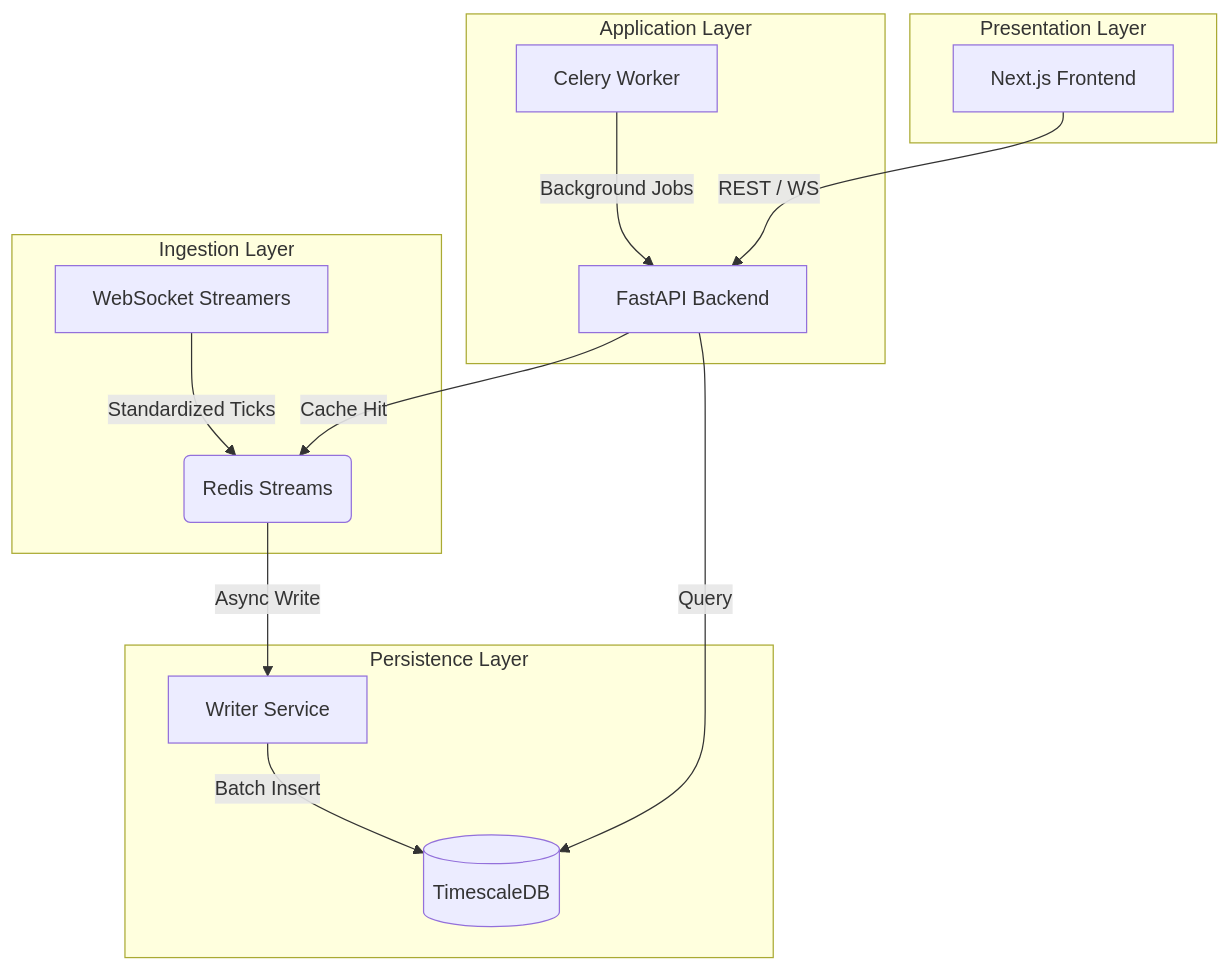
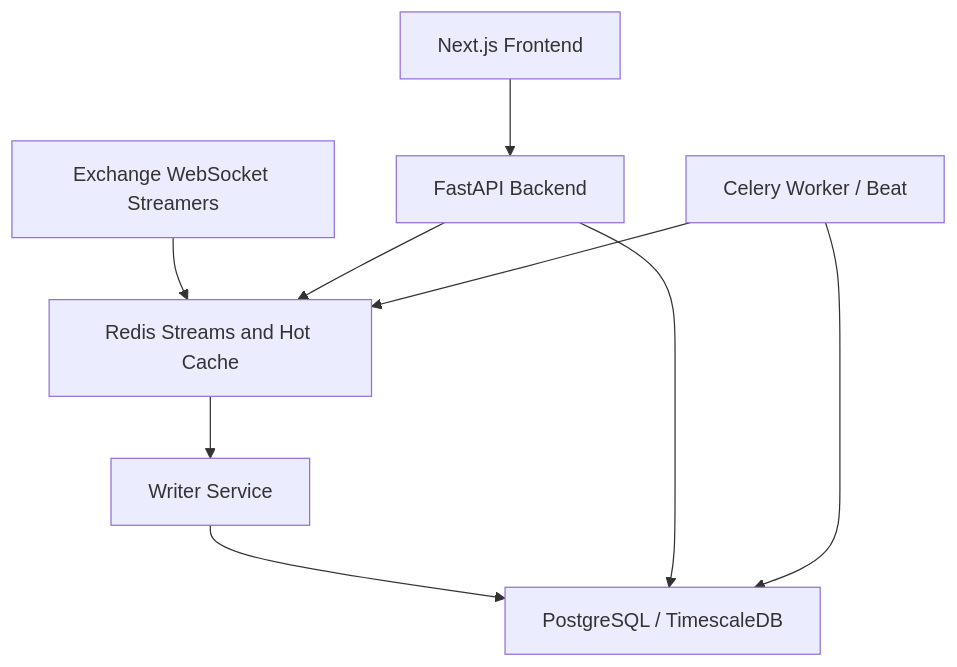
Before and after one commit to metacoder87/investment_matrix: the diagram in README.md, drawn with Mermaid. The commit also changed other lines of this file and 8 other files, not shown here.

````diff
--- a/README.md
+++ b/README.md
@@ -32,21 +132,11 @@
 ```mermaid
 graph TD
-    subgraph "Ingestion Layer"
-        WS[WebSocket Streamers] --"Standardized Ticks"--> Redis(Redis Streams)
-    end
-
-    subgraph "Persistence Layer"
-        Redis --"Async Write"--> Writer[Writer Service]
-        Writer --"Batch Insert"--> TDB[(TimescaleDB)]
-    end
-
-    subgraph "Application Layer"
-        API[FastAPI Backend] --"Query"--> TDB
-        API --"Cache Hit"--> Redis
-        Worker[Celery Worker] --"Background Jobs"--> API
-    end
-
-    subgraph "Presentation Layer"
-        UI[Next.js Frontend] --"REST / WS"--> API
-    end
+    WS["Exchange WebSocket Streamers"] --> Redis["Redis Streams and Hot Cache"]
+    Redis --> Writer["Writer Service"]
+    Writer --> DB["PostgreSQL / TimescaleDB"]
+    API["FastAPI Backend"] --> DB
+    API --> Redis
+    Worker["Celery Worker / Beat"] --> DB
+    Worker --> Redis
+    UI["Next.js Frontend"] --> API
 ```
````
